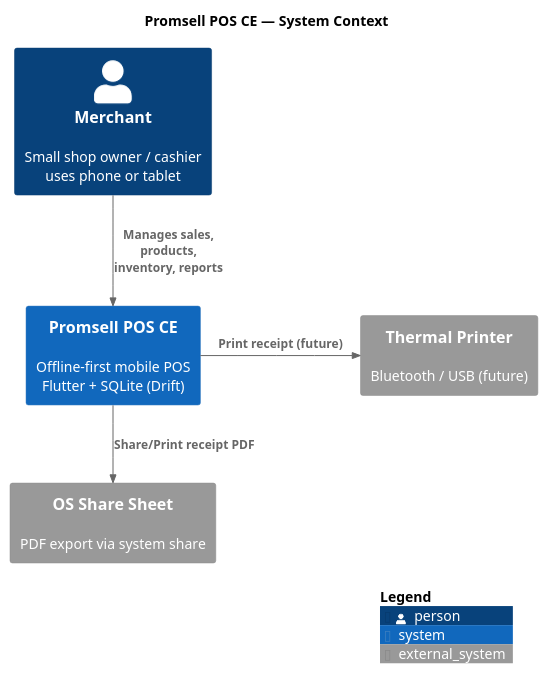
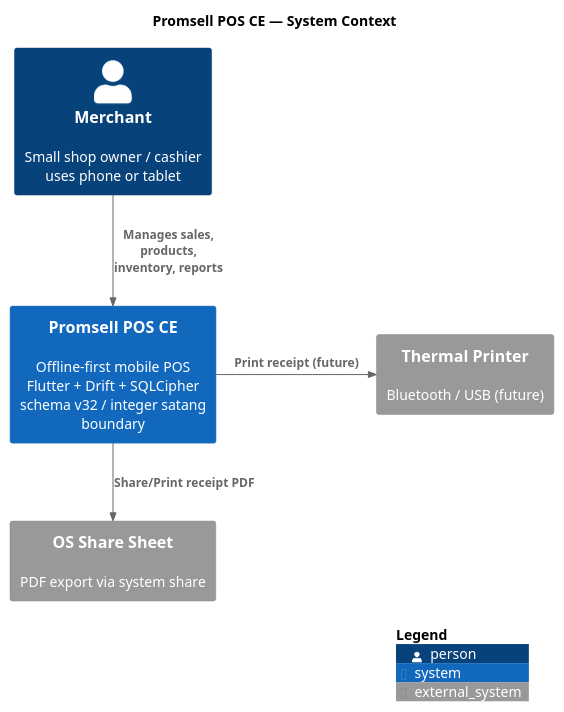
Before and after one commit to MN-Lizard-Team/promsell-pos-ce: the diagram in docs/architecture/puml/c4-context.puml, drawn with PlantUML. The commit also changed 37 other files, not shown here.

```diff
--- a/docs/architecture/puml/c4-context.puml
+++ b/docs/architecture/puml/c4-context.puml
@@ -1,18 +1,18 @@
 @startuml C4_Context
 !include https://raw.githubusercontent.com/plantuml-stdlib/C4-PlantUML/master/C4_Context.puml
 
 title Promsell POS CE — System Context
 
 Person(merchant, "Merchant", "Small shop owner / cashier\nuses phone or tablet")
 
-System(promsell, "Promsell POS CE", "Offline-first mobile POS\nFlutter + SQLite (Drift)")
+System(promsell, "Promsell POS CE", "Offline-first mobile POS\nFlutter + Drift + SQLCipher\nschema v32 / integer satang boundary")
 
 System_Ext(printer, "Thermal Printer", "Bluetooth / USB (future)")
 System_Ext(os_share, "OS Share Sheet", "PDF export via system share")
 
 Rel(merchant, promsell, "Manages sales, products,\ninventory, reports")
 Rel(promsell, os_share, "Share/Print receipt PDF")
 Rel_R(promsell, printer, "Print receipt (future)")
 
 SHOW_LEGEND()
 @enduml
```
